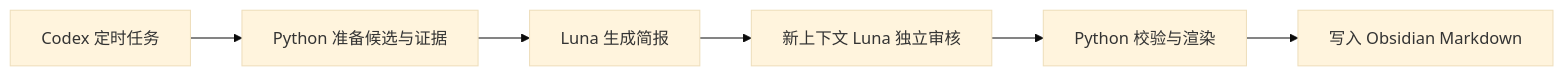
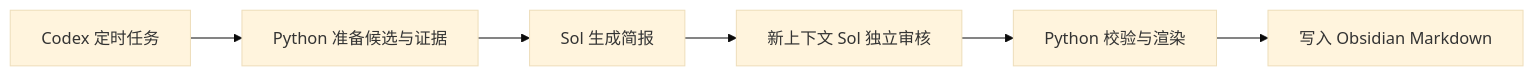
Before and after one commit to haoran3160-afk/AI_Daily_workflow: the diagram in README.md, drawn with Mermaid (base theme). The commit also changed other lines of this file and 7 other files, not shown here.

````diff
--- a/README.md
+++ b/README.md
@@ -49,8 +49,8 @@
 ```mermaid
 flowchart LR
     A[Codex 定时任务] --> B[Python 准备候选与证据]
-    B --> C[Luna 生成简报]
-    C --> D[新上下文 Luna 独立审核]
+    B --> C[Sol 生成简报]
+    C --> D[新上下文 Sol 独立审核]
     D --> E[Python 校验与渲染]
     E --> F[写入 Obsidian Markdown]
 ```
````
